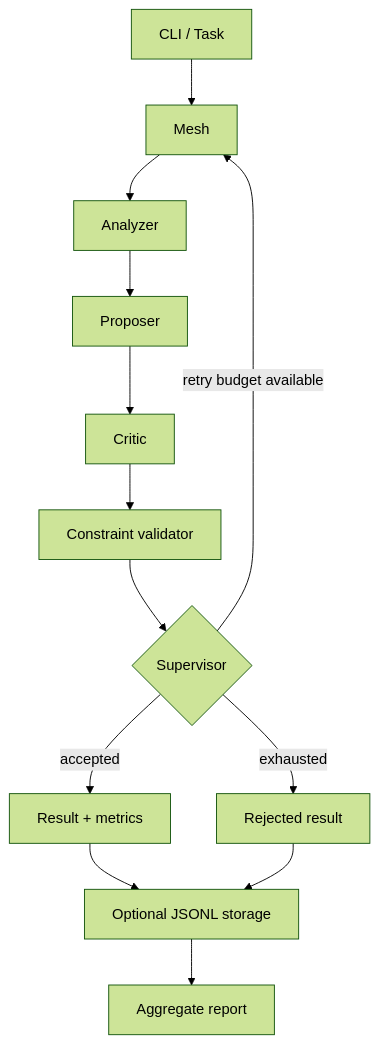
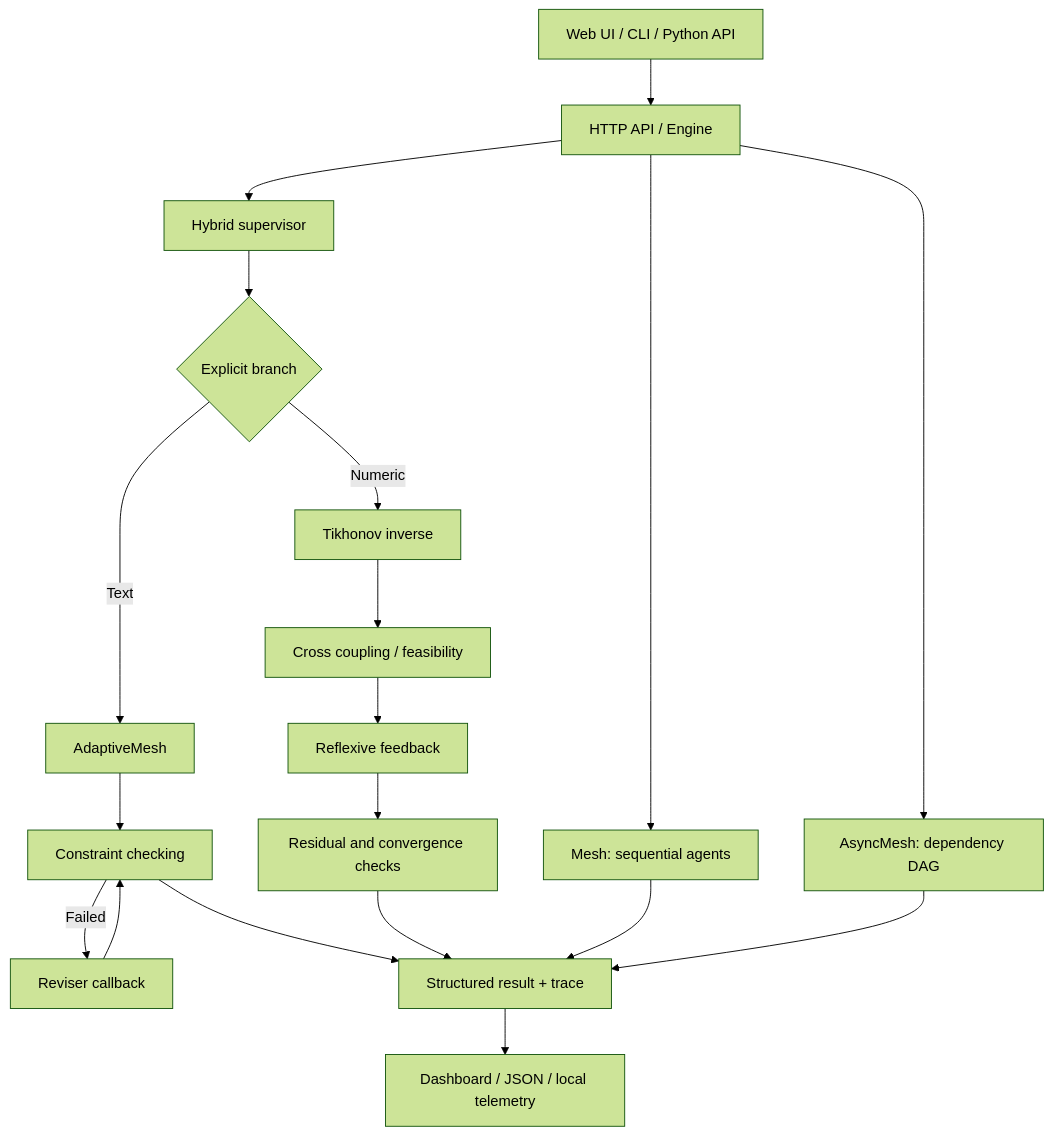
Before and after one commit to tlpp7/AgentMesh: the diagram in README.md, drawn with Mermaid (forest theme). The commit also changed other lines of this file, not shown here.

Commit message:
docs: rewrite README for hybrid architecture, API, setup and limitations

````diff
--- a/README.md
+++ b/README.md
@@ -19,15 +44,21 @@
 ```mermaid
 flowchart TD
- U[CLI / Task] --> M[Mesh]
- M --> A[Analyzer]
- A --> P[Proposer]
- P --> C[Critic]
- C --> V[Constraint validator]
- V --> S{Supervisor}
- S -->|accepted| R[Result + metrics]
- S -->|retry budget available| M
- S -->|exhausted| X[Rejected result]
- R --> J[Optional JSONL storage]
- X --> J
- J --> Q[Aggregate report]
+    U[Web UI / CLI / Python API] --> API[HTTP API / Engine]
+    API --> SEQ[Mesh: sequential agents]
+    API --> DAG[AsyncMesh: dependency DAG]
+    API --> HY[Hybrid supervisor]
+    HY --> D{Explicit branch}
+    D -->|Text| AD[AdaptiveMesh]
+    AD --> R[Constraint checking]
+    R -->|Failed| REV[Reviser callback]
+    REV --> R
+    D -->|Numeric| INV[Tikhonov inverse]
+    INV --> CROSS[Cross coupling / feasibility]
+    CROSS --> FB[Reflexive feedback]
+    FB --> VAL[Residual and convergence checks]
+    R --> RESULT[Structured result + trace]
+    VAL --> RESULT
+    SEQ --> RESULT
+    DAG --> RESULT
+    RESULT --> DASH[Dashboard / JSON / local telemetry]
 ```
````
